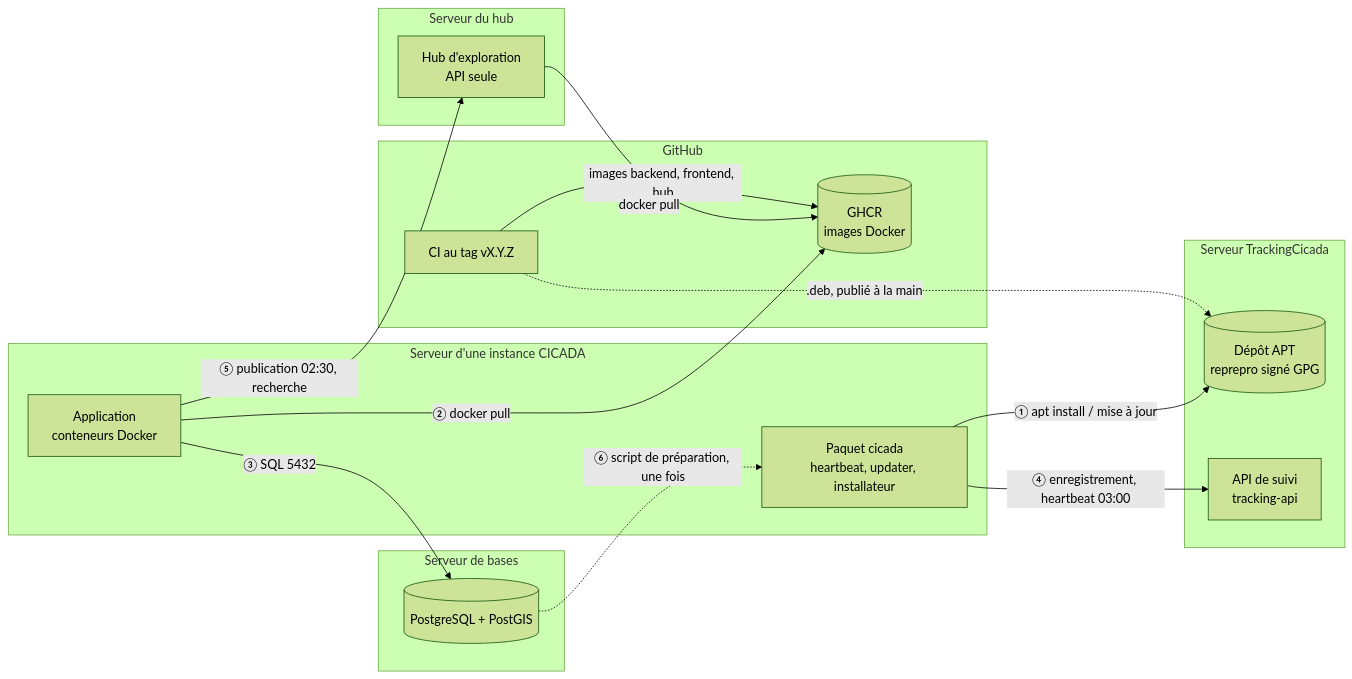
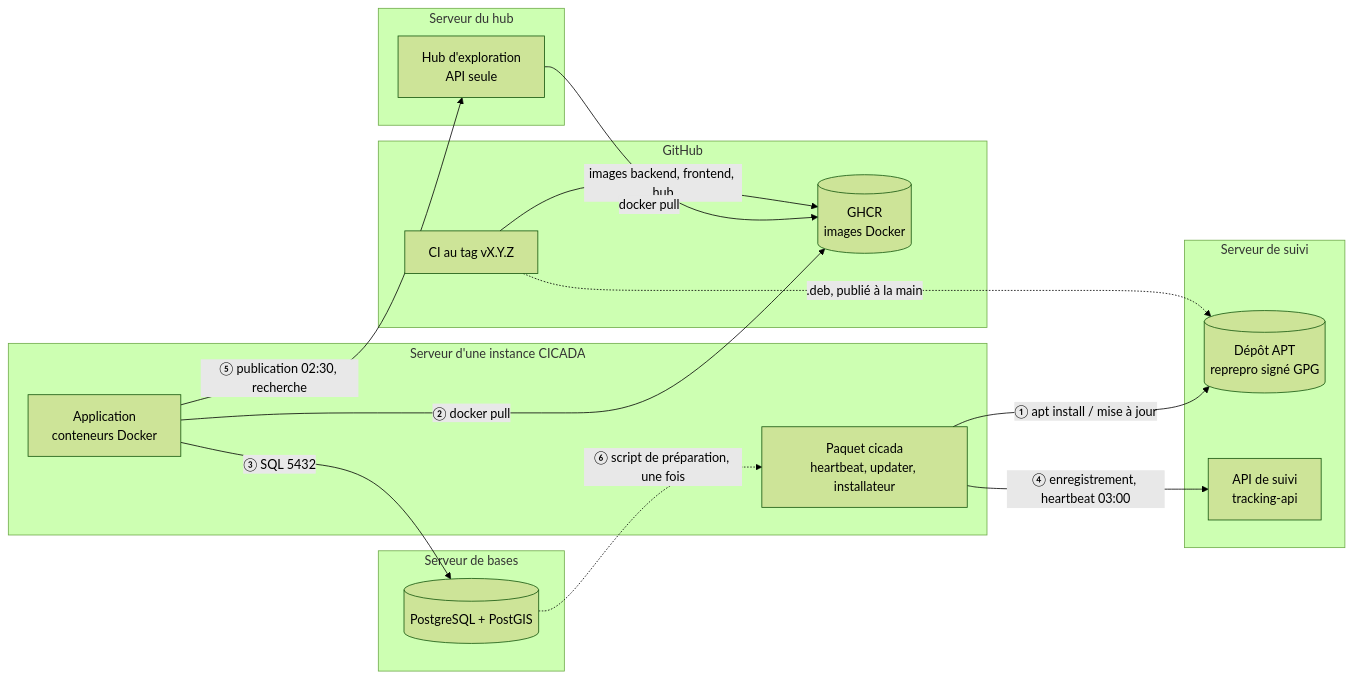
Before and after one commit to RNF-SI/Cicada: the first of 2 diagrams in docs/INFRASTRUCTURE.md, drawn with Mermaid (forest theme). The commit also changed other lines of this file and 15 other files, not shown here.

````diff
--- a/docs/INFRASTRUCTURE.md
+++ b/docs/INFRASTRUCTURE.md
@@ -13,35 +13,35 @@
 ```mermaid
 flowchart LR
     subgraph GitHub
         CI[CI au tag vX.Y.Z]
         GHCR[(GHCR<br/>images Docker)]
         CI -->|images backend, frontend, hub| GHCR
     end
 
-    subgraph TrackingCicada[Serveur TrackingCicada]
+    subgraph ServeurSuivi[Serveur de suivi]
         APT[(Dépôt APT<br/>reprepro signé GPG)]
         SUIVI[API de suivi<br/>tracking-api]
     end
 
     subgraph ServeurHub[Serveur du hub]
         HUB[Hub d'exploration<br/>API seule]
     end
 
     subgraph ServeurBases[Serveur de bases]
         PG[(PostgreSQL + PostGIS)]
     end
 
     subgraph Instance[Serveur d'une instance CICADA]
         APP[Application<br/>conteneurs Docker]
         SYS[Paquet cicada<br/>heartbeat, updater, installateur]
     end
 
     CI -.->|.deb, publié à la main| APT
     SYS -->|① apt install / mise à jour| APT
     APP -->|② docker pull| GHCR
     APP -->|③ SQL 5432| PG
     SYS -->|④ enregistrement, heartbeat 03:00| SUIVI
     APP -->|⑤ publication 02:30, recherche| HUB
     HUB -->|docker pull| GHCR
     PG -.->|⑥ script de préparation, une fois| SYS
 ```
````
